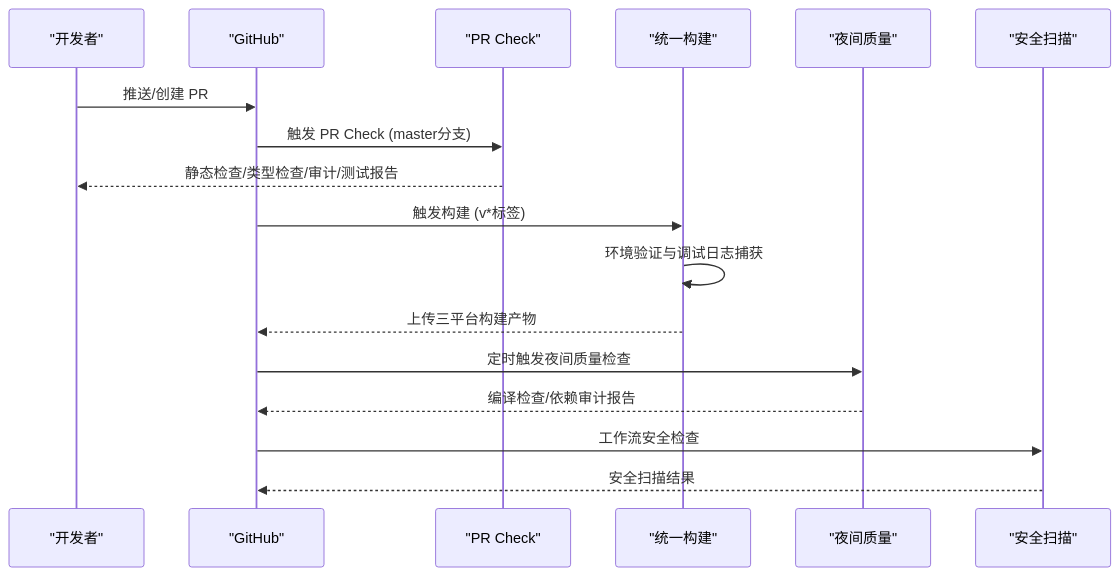
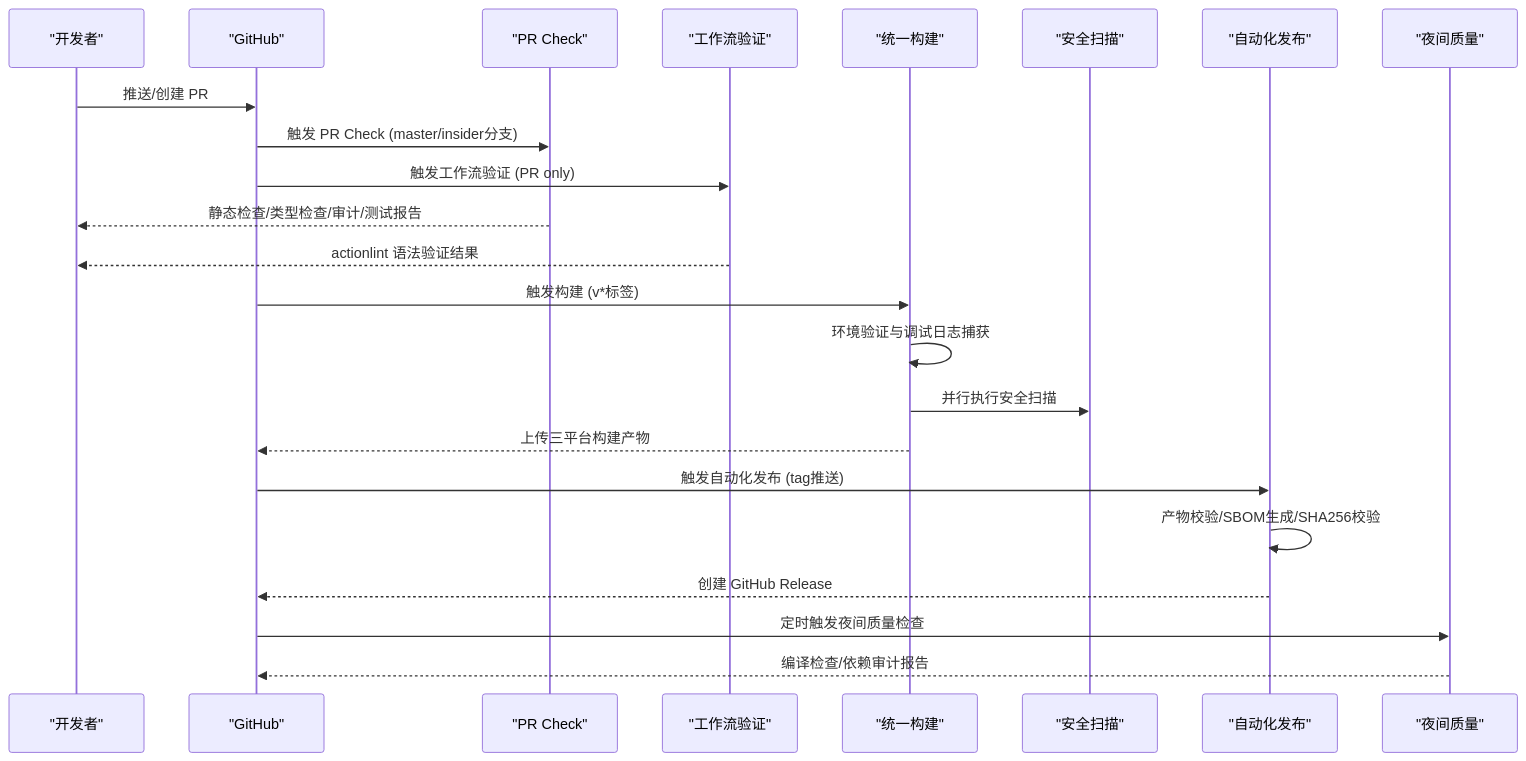
The second of 13 diagrams in .qoder/repowiki/zh/content/构建与部署/持续集成.md (sofate798/KodrixCode), drawn with Mermaid before and after one commit. The commit also changed other lines of this file and 3 other files, not shown here.

````diff
--- a/.qoder/repowiki/zh/content/构建与部署/持续集成.md
+++ b/.qoder/repowiki/zh/content/构建与部署/持续集成.md
@@ -99,19 +109,25 @@
 ```mermaid
 sequenceDiagram
 participant Dev as "开发者"
 participant GH as "GitHub"
 participant PRW as "PR Check"
+participant VAL as "工作流验证"
 participant BL as "统一构建"
+participant SEC as "安全扫描"
+participant REL as "自动化发布"
 participant NQ as "夜间质量"
-participant SEC as "安全扫描"
 Dev->>GH : 推送/创建 PR
-GH->>PRW : 触发 PR Check (master分支)
+GH->>PRW : 触发 PR Check (master/insider分支)
+GH->>VAL : 触发工作流验证 (PR only)
 PRW-->>Dev : 静态检查/类型检查/审计/测试报告
+VAL-->>Dev : actionlint 语法验证结果
 GH->>BL : 触发构建 (v*标签)
 BL->>BL : 环境验证与调试日志捕获
+BL->>SEC : 并行执行安全扫描
 BL-->>GH : 上传三平台构建产物
+GH->>REL : 触发自动化发布 (tag推送)
+REL->>REL : 产物校验/SBOM生成/SHA256校验
+REL-->>GH : 创建 GitHub Release
 GH->>NQ : 定时触发夜间质量检查
 NQ-->>GH : 编译检查/依赖审计报告
-GH->>SEC : 工作流安全检查
-SEC-->>GH : 安全扫描结果
 ```
````
